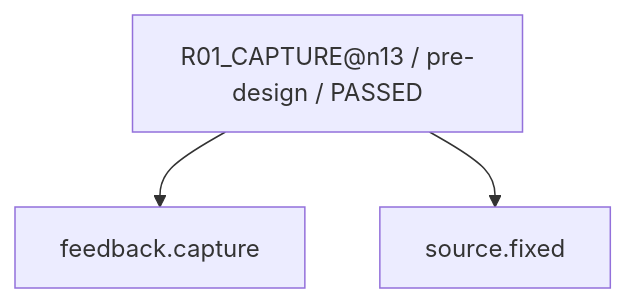
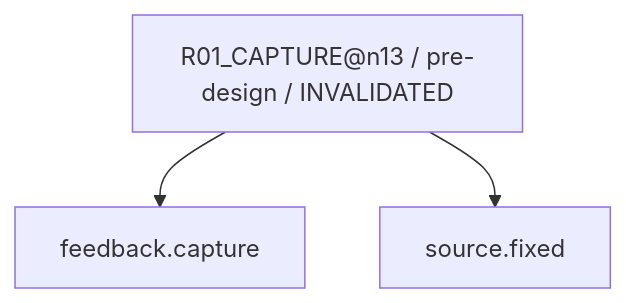
One commit to rrikunagasige-dot/kyotsu-step-web changed the first of 28 diagrams in work/items/W-MATH-048-n1314-source-audit/generated/CAPABILITY_FIRE_DIAGRAM.md. Above: the diagram before and after it, drawn with Mermaid. The commit also changed other lines of this file and 32 other files, not shown here.

````diff
--- a/work/items/W-MATH-048-n1314-source-audit/generated/CAPABILITY_FIRE_DIAGRAM.md
+++ b/work/items/W-MATH-048-n1314-source-audit/generated/CAPABILITY_FIRE_DIAGRAM.md
@@ -9,8 +9,8 @@
 ```mermaid
 flowchart TD
-  N0["R01_CAPTURE@n13 / pre-design / PASSED"]
+  N0["R01_CAPTURE@n13 / pre-design / INVALIDATED"]
   N1["source.fixed"]
   N2["feedback.capture"]
   N0 --> N2
   N0 --> N1
 ```
````
